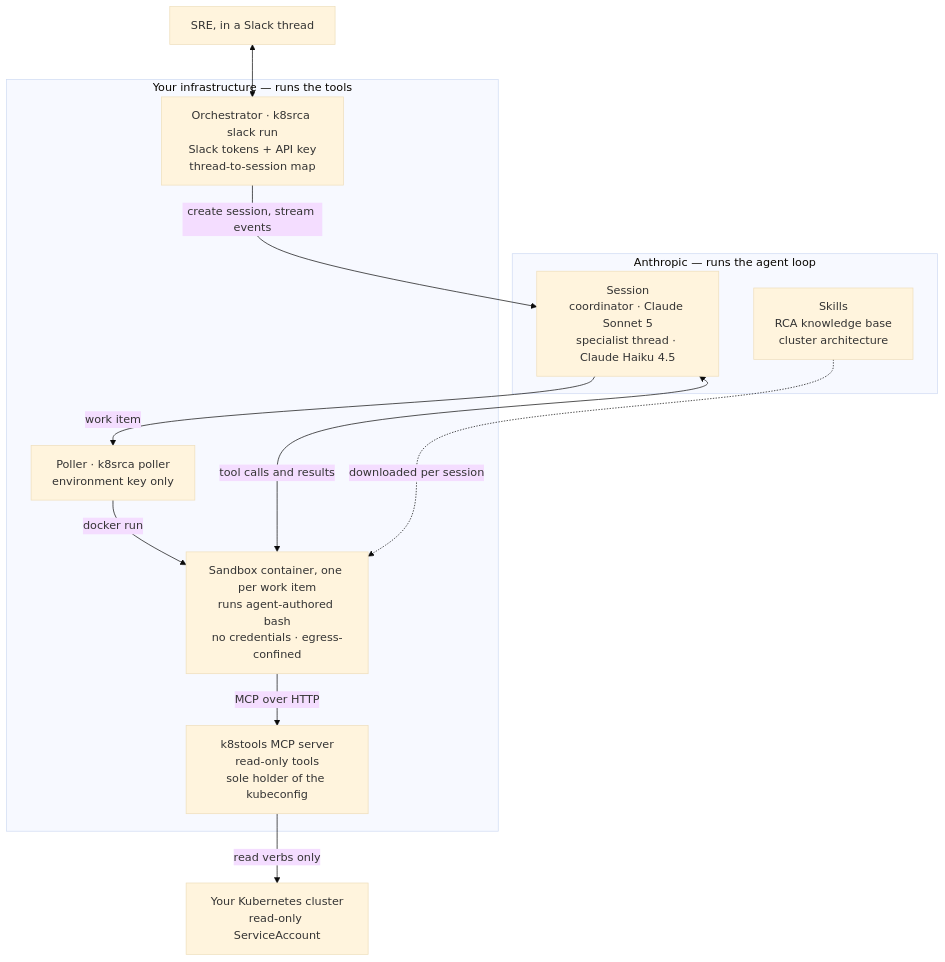
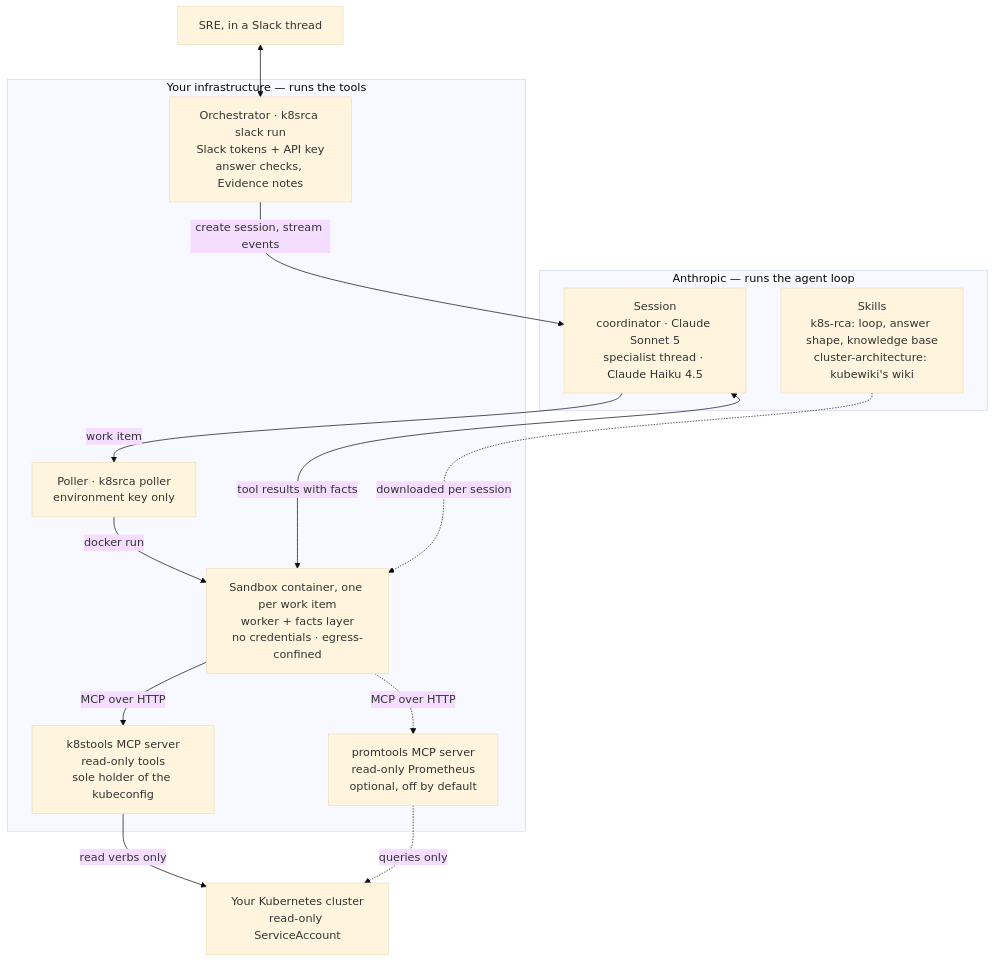
The diagram in README.md (BenedatLLC/k8srca), drawn with Mermaid (base theme) before and after one commit. The commit also changed other lines of this file and 5 other files, not shown here.

````diff
--- a/README.md
+++ b/README.md
@@ -158,27 +170,30 @@
 ```mermaid
 flowchart TB
     SRE["SRE, in a Slack thread"]
 
     subgraph anthropic["Anthropic — runs the agent loop"]
         SESS["Session<br/>coordinator · Claude Sonnet 5<br/>specialist thread · Claude Haiku 4.5"]
-        SKILLS["Skills<br/>RCA knowledge base<br/>cluster architecture"]
+        SKILLS["Skills<br/>k8s-rca: loop, answer shape, knowledge base<br/>cluster-architecture: kubewiki's wiki"]
     end
 
     subgraph yours["Your infrastructure — runs the tools"]
-        ORCH["Orchestrator · k8srca slack run<br/>Slack tokens + API key<br/>thread-to-session map"]
+        ORCH["Orchestrator · k8srca slack run<br/>Slack tokens + API key<br/>answer checks, Evidence notes"]
         POLL["Poller · k8srca poller<br/>environment key only"]
-        SBX["Sandbox container, one per work item<br/>runs agent-authored bash<br/>no credentials · egress-confined"]
+        SBX["Sandbox container, one per work item<br/>worker + facts layer<br/>no credentials · egress-confined"]
         K8ST["k8stools MCP server<br/>read-only tools<br/>sole holder of the kubeconfig"]
+        PROM["promtools MCP server<br/>read-only Prometheus<br/>optional, off by default"]
     end
 
     CLUSTER["Your Kubernetes cluster<br/>read-only ServiceAccount"]
 
     SRE <--> ORCH
     ORCH -->|"create session, stream events"| SESS
     SESS -->|"work item"| POLL
     POLL -->|"docker run"| SBX
     SKILLS -.->|"downloaded per session"| SBX
-    SBX <-->|"tool calls and results"| SESS
+    SBX <-->|"tool results with facts"| SESS
     SBX -->|"MCP over HTTP"| K8ST
+    SBX -.->|"MCP over HTTP"| PROM
     K8ST -->|"read verbs only"| CLUSTER
+    PROM -.->|"queries only"| CLUSTER
 ```
````
